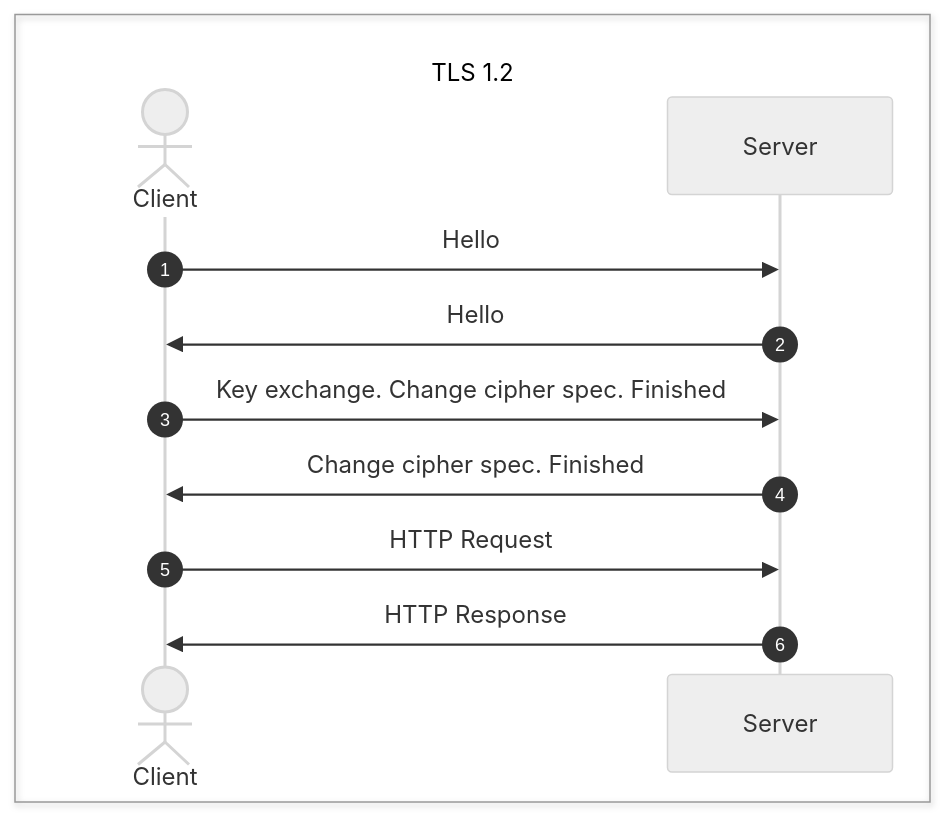
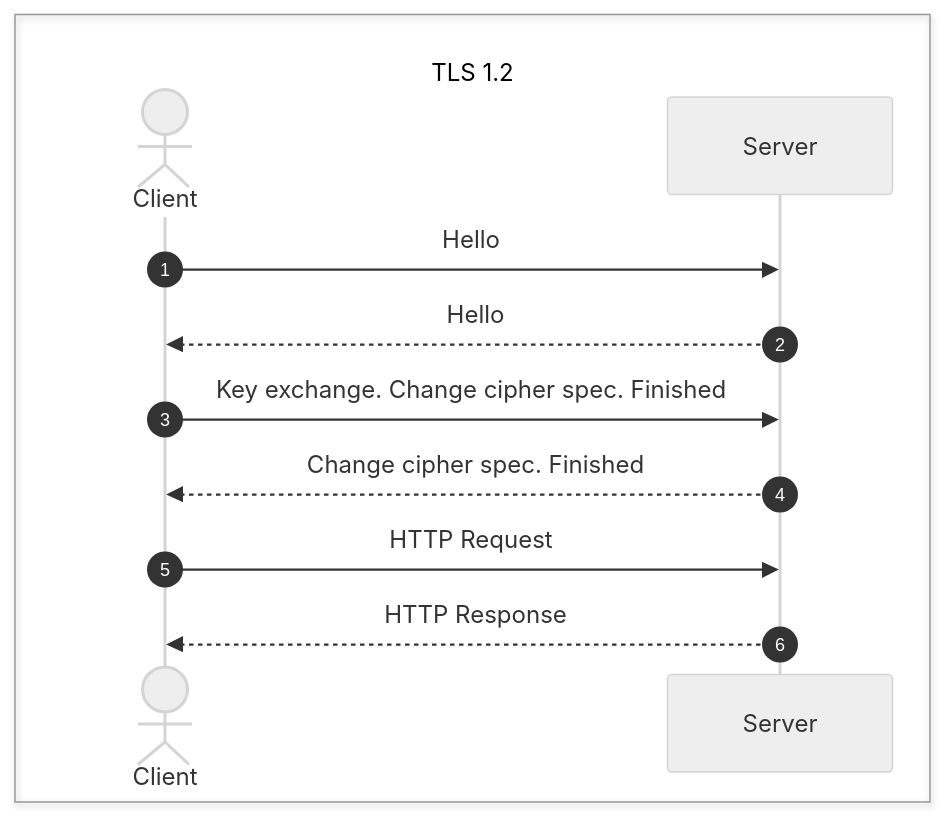
The third of 4 diagrams in tls_1.3.md (jtaverne/ovh), drawn with Mermaid before and after one commit. The commit also changed other lines of this file, not shown here.

````diff
--- a/tls_1.3.md
+++ b/tls_1.3.md
@@ -37,17 +37,17 @@
 ```mermaid
 %%{init: {'theme': 'neutral' } }%%
 sequenceDiagram
 autonumber
 box transparent <br/>TLS 1.2
     actor Client
     participant Server
 end
 Client ->> Server : Hello
-Server ->> Client : Hello
+Server -->> Client : Hello
 Client ->> Server : Key exchange. Change cipher spec. Finished
-Server ->> Client : Change cipher spec. Finished
+Server -->> Client : Change cipher spec. Finished
 Client ->> Server : HTTP Request
-Server ->> Client : HTTP Response
+Server -->> Client : HTTP Response
 
 
 ```
````
